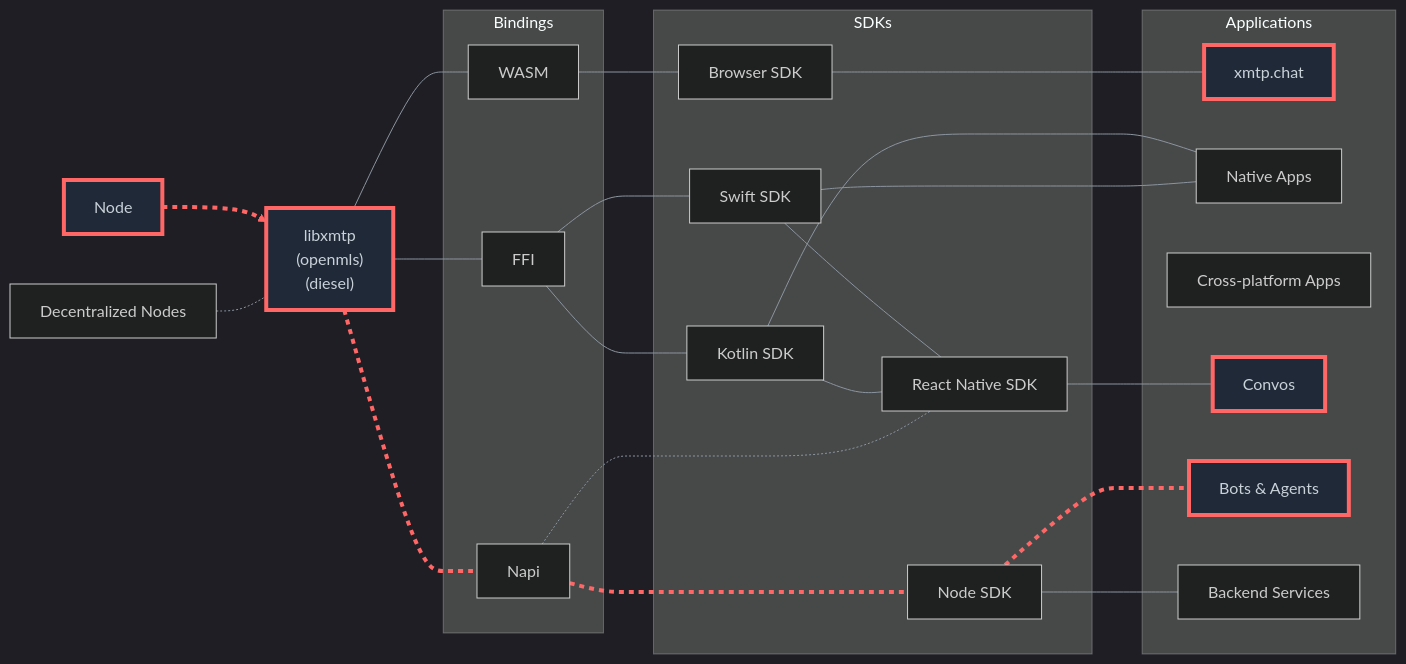
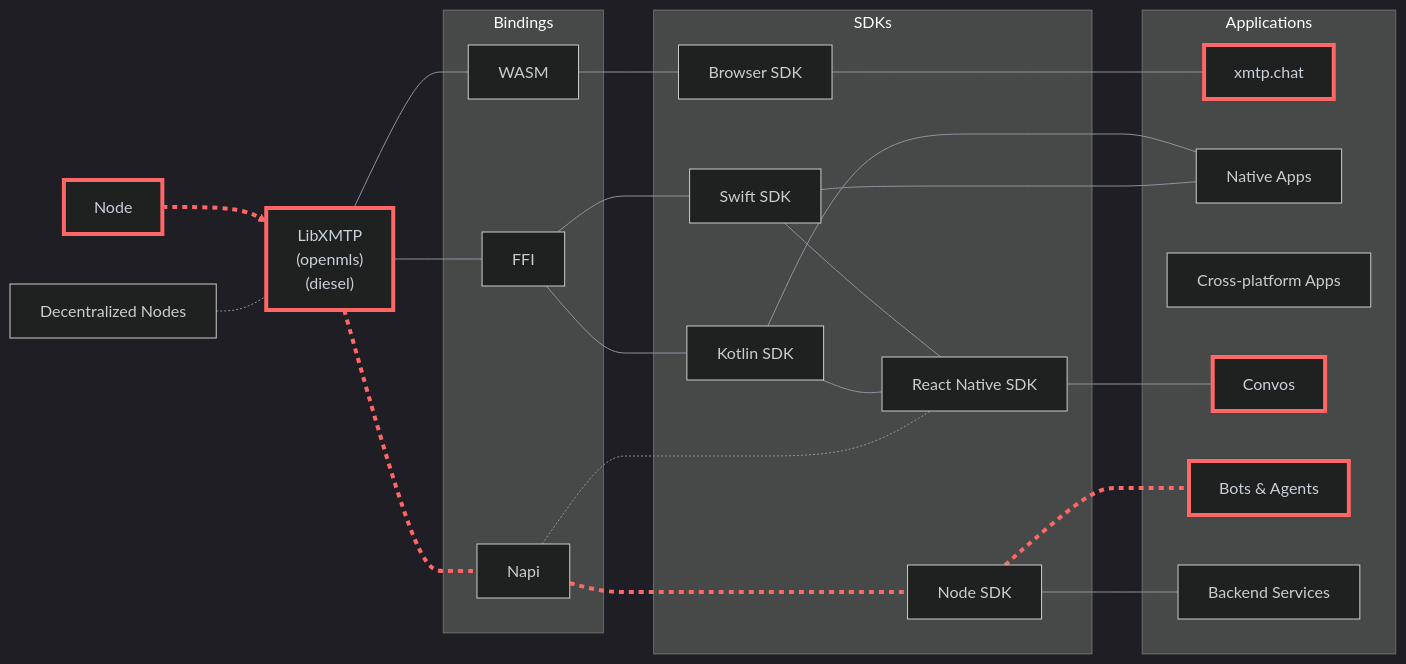
The diagram in README.md (xmtp/xmtp-qa-tools), drawn with Mermaid before and after one commit. The commit also changed other lines of this file, not shown here.

Commit message:
dark mode

````diff
--- a/README.md
+++ b/README.md
@@ -20,77 +20,59 @@
 ```mermaid
-%%{init: {
-  'theme': 'dark',
-  'themeVariables': {
-    'primaryColor': '#0D1117',
-    'primaryTextColor': '#c9d1d9',
-    'primaryBorderColor': '#30363d',
-    'lineColor': '#8b949e',
-    'secondaryColor': '#161b22',
-    'tertiaryColor': '#161b22'
-  },
-  'flowchart': {
-    'useMaxWidth': true,
-    'htmlLabels': true
-  },
-  'securityLevel': 'strict',
-  'disableClick': true,
-  'disableZoom': true,
-  'disablePan': true
-}}%%
+%%{init: {'theme': 'dark', 'themeVariables': { 'primaryColor': '#0D1117', 'primaryTextColor': '#c9d1d9', 'primaryBorderColor': '#30363d', 'lineColor': '#8b949e', 'secondaryColor': '#161b22', 'tertiaryColor': '#161b22' }}}%%
 
 flowchart LR
   %% Core components and bindings
   subgraph Bindings["Bindings"]
     wasm["WASM"]
     ffi["FFI"]
     napi["Napi"]
   end
 
   subgraph SDKs["SDKs"]
     browserSDK["Browser SDK"]
     swiftSDK["Swift SDK"]
     kotlinSDK["Kotlin SDK"]
     reactNativeSDK["React Native SDK"]
     nodesdk["Node SDK"]
   end
 
   subgraph Applications["Applications"]
     webApps["xmtp.chat"]
     mobileApps["Native Apps"]
     crossPlatformApps["Cross-platform Apps"]
     messagingApps["Convos"]
     botAgents["Bots & Agents"]
     backendServices["Backend Services"]
   end
 
-  centralNode["Node"] --> libxmtp["libxmtp<br>(openmls)<br>(diesel)"]
+  centralNode["Node"] --> libxmtp["LibXMTP<br>(openmls)<br>(diesel)"]
   libxmtp --- wasm
   libxmtp --- ffi
   kotlinSDK --- mobileApps
   libxmtp --- napi
 
   wasm --- browserSDK
   ffi --- swiftSDK
   ffi --- kotlinSDK
 
   swiftSDK --- reactNativeSDK
   kotlinSDK --- reactNativeSDK
 
   browserSDK --- webApps
 
   swiftSDK --- mobileApps
 
   napi --- nodesdk
   nodesdk --- botAgents
   nodesdk --- backendServices
 
   decentralNode["Decentralized Nodes"] -.- libxmtp
 
 
   reactNativeSDK --- messagingApps
   napi -.- reactNativeSDK
 
   linkStyle 0,4,12,13 stroke:#f66,stroke-width:4px,stroke-dasharray: 5,5;
-  classDef highlightStroke fill:#1f2937,stroke:#f66,color:#c9d1d9,stroke-width:4px;
+  classDef highlightStroke stroke:#f66,color:#c9d1d9,stroke-width:4px;
   class centralNode,libxmtp,webApps,messagingApps,botAgents highlightStroke;
 ```
````
